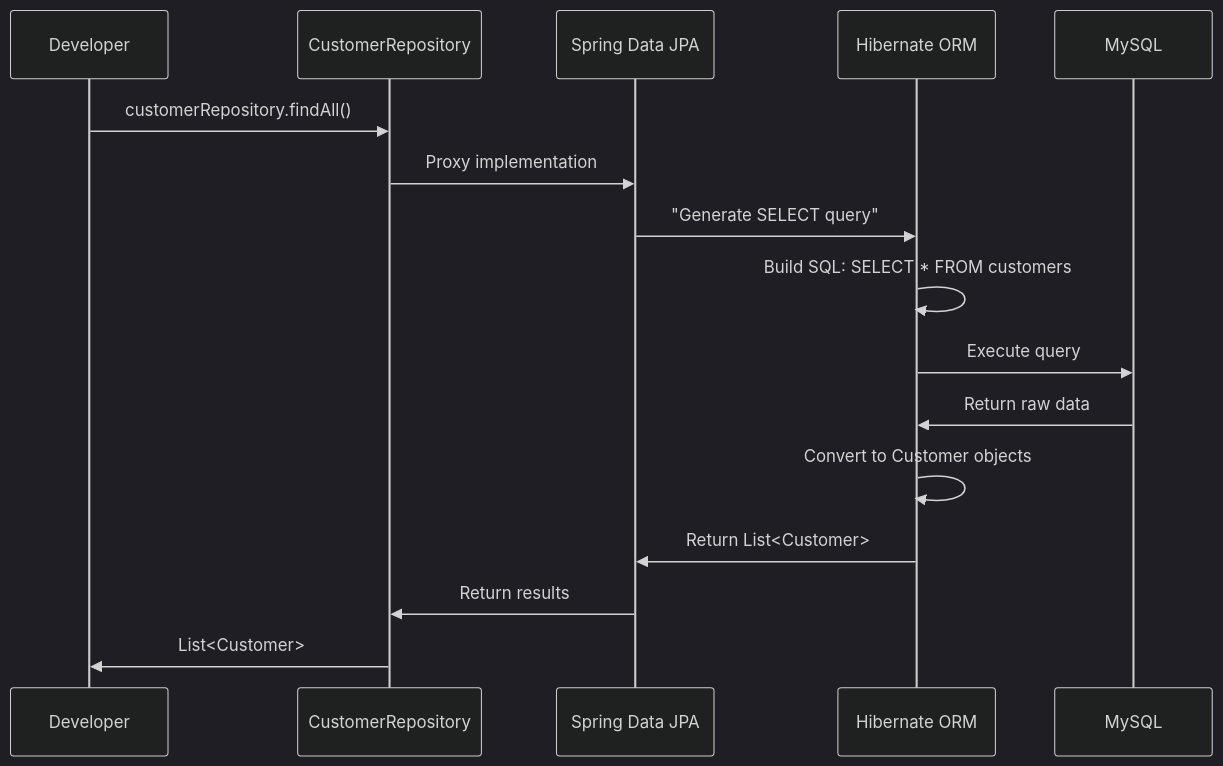
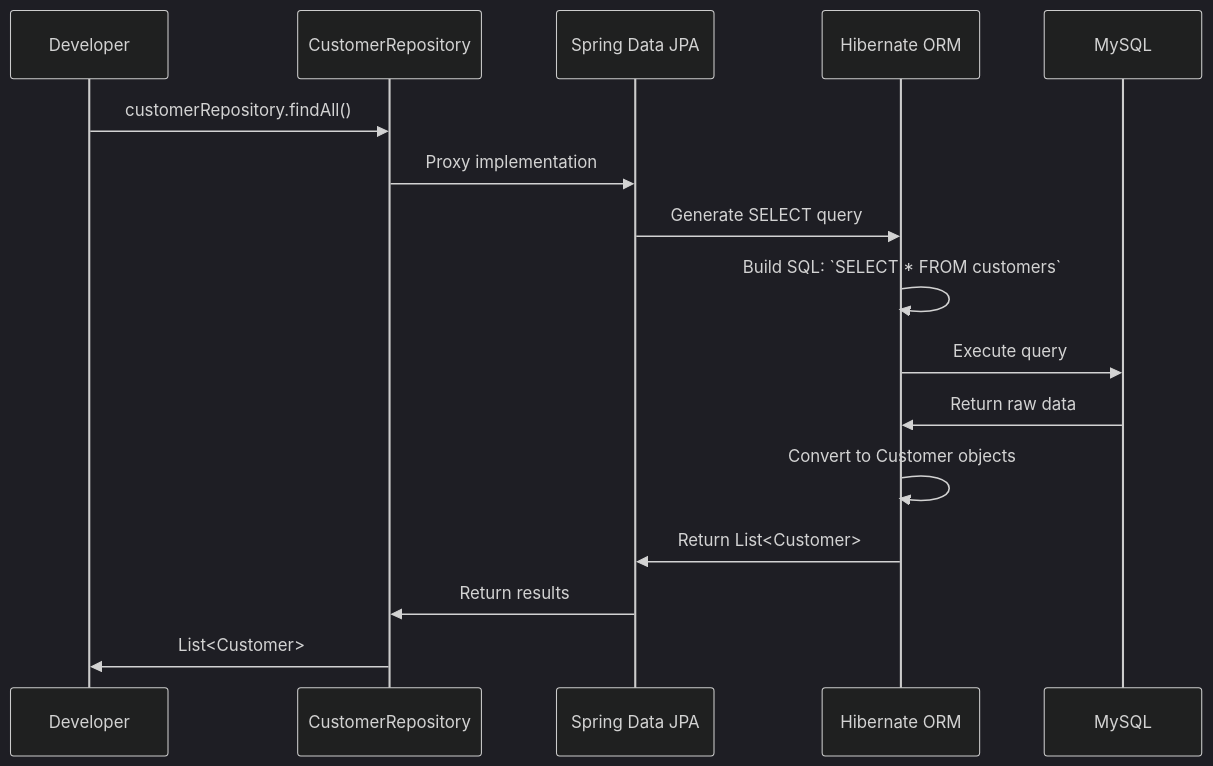
The fourth of 5 diagrams in Nish Lessons - Q&A's/SpringBoot/JPA -- fix -- follow on from interfaces.md (stravos97/java-documentation-notes), drawn with Mermaid (dark theme) before and after one commit. The commit also changed other lines of this file and 1 other file, not shown here.

````diff
--- a/Nish Lessons - Q&A's/SpringBoot/JPA -- fix -- follow on from interfaces.md
+++ b/Nish Lessons - Q&A's/SpringBoot/JPA -- fix -- follow on from interfaces.md
@@ -112,19 +101,19 @@
 ```mermaid
 sequenceDiagram
     participant You as Developer
     participant Repo as CustomerRepository
     participant Spring as Spring Data JPA
     participant Hibernate as Hibernate ORM
     participant Database as MySQL
     
     You->>Repo: customerRepository.findAll()
     Repo->>Spring: Proxy implementation
-    Spring->>Hibernate: "Generate SELECT query"
-    Hibernate->>Hibernate: Build SQL: SELECT * FROM customers
+    Spring->>Hibernate: Generate SELECT query
+    Hibernate->>Hibernate: Build SQL: `SELECT * FROM customers`
     Hibernate->>Database: Execute query
     Database->>Hibernate: Return raw data
     Hibernate->>Hibernate: Convert to Customer objects
     Hibernate->>Spring: Return List<Customer>
     Spring->>Repo: Return results
     Repo->>You: List<Customer>
 ```
````
